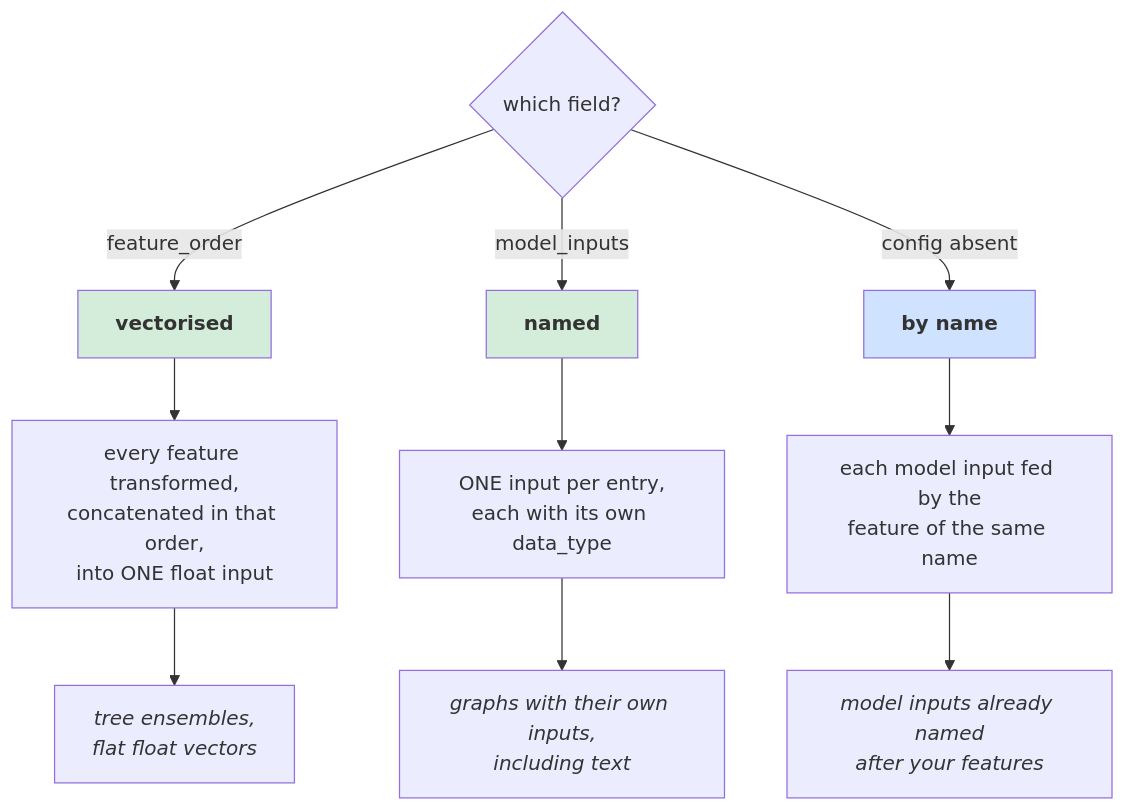
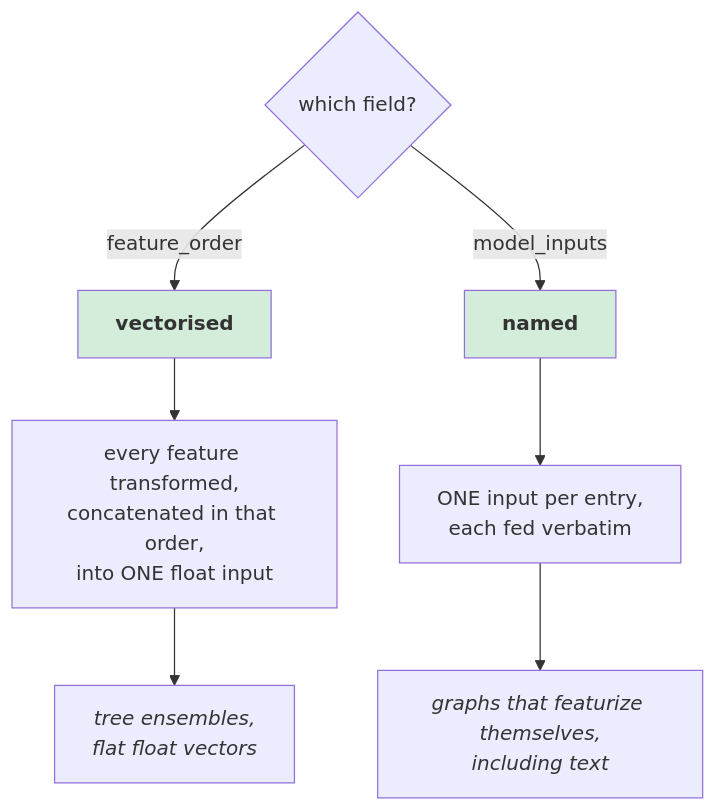
One commit to PratikBarhate/hushar changed the third of 9 diagrams in documentation/configuration.md. Above: the diagram before and after it, drawn with Mermaid. The commit also changed other lines of this file and 72 other files, not shown here.

````diff
--- a/documentation/configuration.md
+++ b/documentation/configuration.md
@@ -321,19 +373,15 @@
 ```mermaid
 flowchart TB
   q{"which field?"}
   q -->|"feature_order"| v["<b>vectorised</b>"]
   q -->|"model_inputs"| n["<b>named</b>"]
-  q -->|"config absent"| p["<b>by name</b>"]
 
   v --> vd["every feature transformed,<br/>concatenated in that order,<br/>into ONE float input"]
-  n --> nd["ONE input per entry,<br/>each with its own data_type"]
-  p --> pd["each model input fed by the<br/>feature of the same name"]
+  n --> nd["ONE input per entry,<br/>each fed verbatim"]
 
   vd --> ve["<i>tree ensembles,<br/>flat float vectors</i>"]
-  nd --> ne["<i>graphs with their own inputs,<br/>including text</i>"]
-  pd --> pe["<i>model inputs already named<br/>after your features</i>"]
+  nd --> ne["<i>graphs that featurize themselves,<br/>including text</i>"]
 
   style v fill:#d4edda
   style n fill:#d4edda
-  style p fill:#cfe2ff
 ```
````
